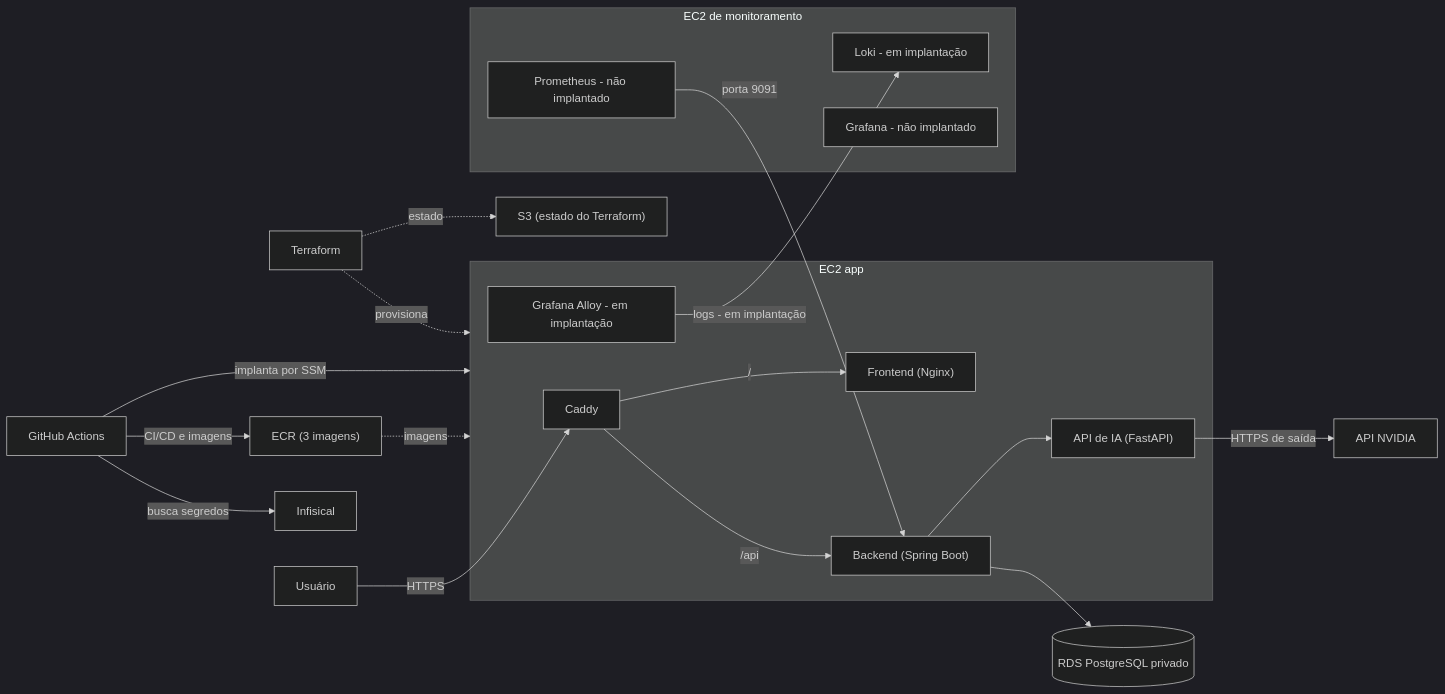
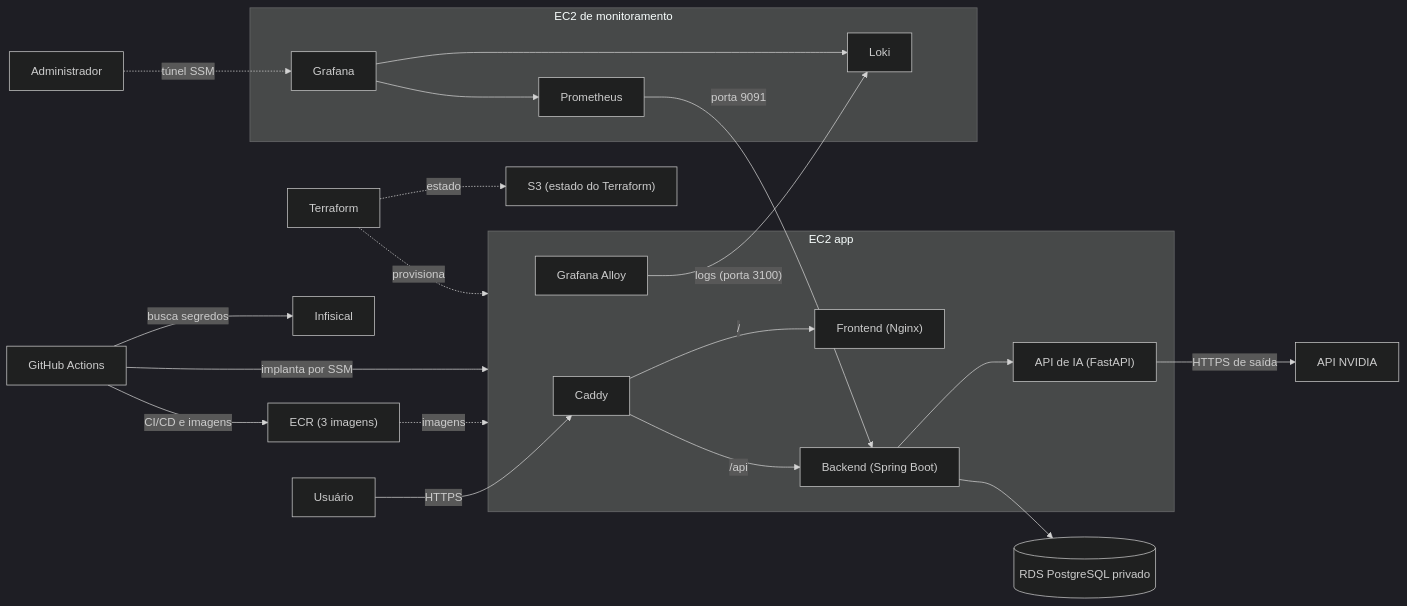
One commit to JoaoLRS/IVIS changed the diagram in README.md. Above: the diagram before and after it, drawn with Mermaid (dark theme). The commit also changed other lines of this file, not shown here.

````diff
--- a/README.md
+++ b/README.md
@@ -331,37 +331,40 @@
 ```mermaid
 flowchart LR
     user["Usuário"] -->|"HTTPS"| caddy
 
     subgraph app["EC2 app"]
         caddy["Caddy"]
         caddy -->|"/"| frontend["Frontend (Nginx)"]
         caddy -->|"/api"| backend["Backend (Spring Boot)"]
         backend --> ia["API de IA (FastAPI)"]
-        alloy["Grafana Alloy - em implantação"]
+        alloy["Grafana Alloy"]
     end
 
     backend --> rds[("RDS PostgreSQL privado")]
     ia -->|"HTTPS de saída"| nvidia["API NVIDIA"]
 
     subgraph monitor["EC2 de monitoramento"]
-        prom["Prometheus - não implantado"]
-        loki["Loki - em implantação"]
-        graf["Grafana - não implantado"]
+        prom["Prometheus"]
+        loki["Loki"]
+        graf["Grafana"]
     end
 
     prom -->|"porta 9091"| backend
-    alloy -->|"logs - em implantação"| loki
+    alloy -->|"logs (porta 3100)"| loki
+    graf --> prom
+    graf --> loki
+    admin["Administrador"] -.->|"túnel SSM"| graf
 
     ecr["ECR (3 imagens)"]
     s3["S3 (estado do Terraform)"]
     terraform["Terraform"]
     gh["GitHub Actions"]
     inf["Infisical"]
 
     ecr -.->|"imagens"| app
     gh -->|"CI/CD e imagens"| ecr
     gh -->|"implanta por SSM"| app
     gh -->|"busca segredos"| inf
     terraform -.->|"provisiona"| app
     terraform -.->|"estado"| s3
 ```
````
